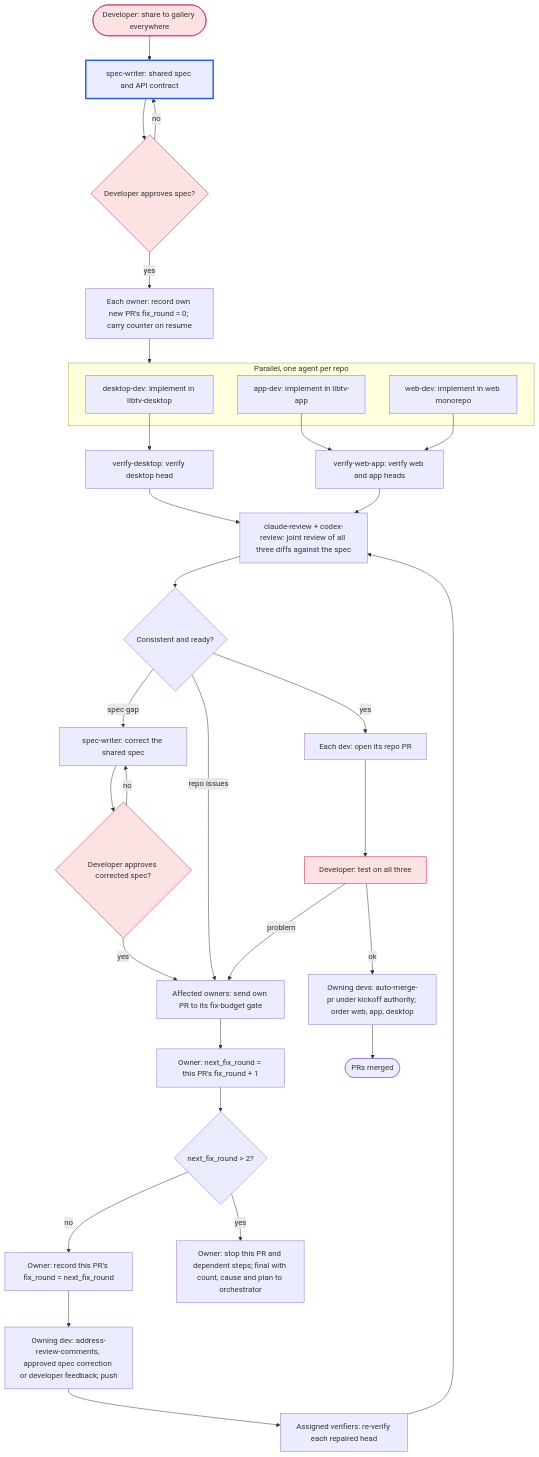
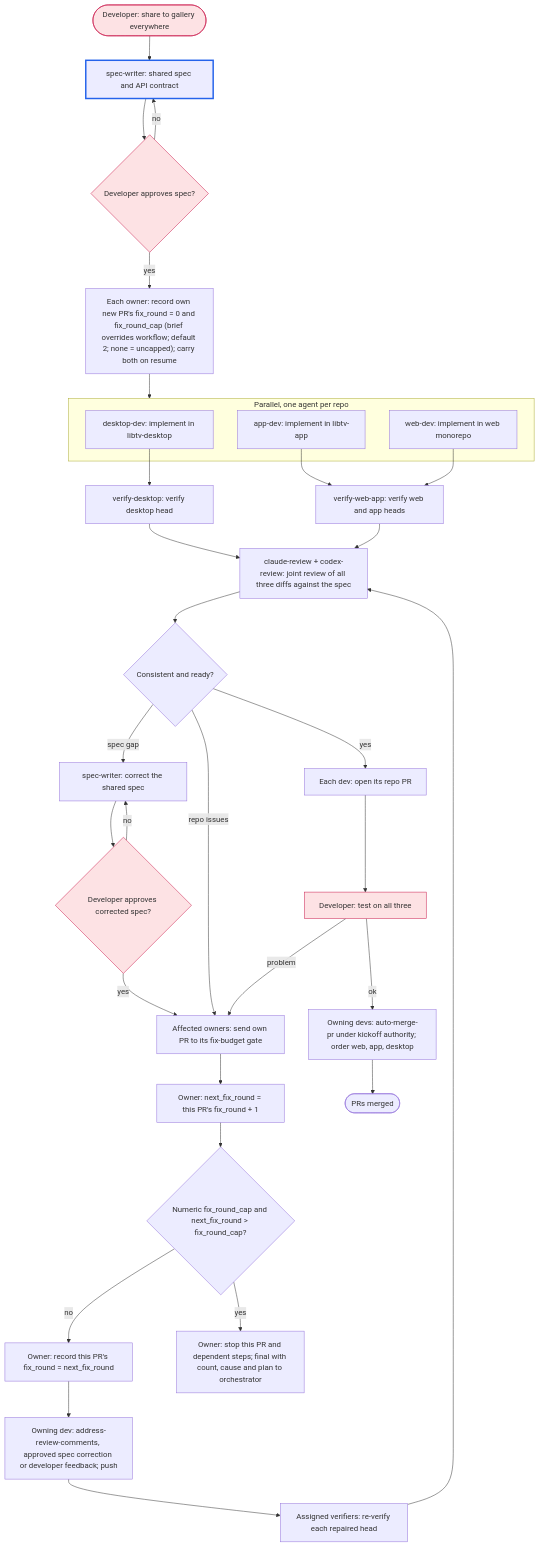
One commit to asura1234/bus changed the diagram in workflows/cross-repo-feature.md. Above: the diagram before and after it, drawn with Mermaid. The commit also changed other lines of this file and 10 other files, not shown here.

````diff
--- a/workflows/cross-repo-feature.md
+++ b/workflows/cross-repo-feature.md
@@ -22,42 +22,42 @@
 ```mermaid
 flowchart TD
     start([Developer: share to gallery everywhere]):::developer --> spec
     spec[spec-writer: shared spec and API contract] --> agree{Developer approves spec?}:::developer
     agree -- no --> spec
-    agree -- yes --> initround["Each owner: record own new PR's fix_round = 0; carry counter on resume"]
+    agree -- yes --> initround["Each owner: record own new PR's fix_round = 0 and fix_round_cap (brief overrides workflow; default 2; none = uncapped); carry both on resume"]
     initround --> build
 
     subgraph build [Parallel, one agent per repo]
         desktop[desktop-dev: implement in libtv-desktop]
         app[app-dev: implement in libtv-app]
         web[web-dev: implement in web monorepo]
     end
 
     desktop --> verifydesktop[verify-desktop: verify desktop head]
     app --> verifywebapp[verify-web-app: verify web and app heads]
     web --> verifywebapp
     verifydesktop --> joint[claude-review + codex-review: joint review of all three diffs against the spec]
     verifywebapp --> joint
     joint --> consistent{Consistent and ready?}
     consistent -- spec gap --> revisespec[spec-writer: correct the shared spec]
     revisespec --> reapprove{Developer approves corrected spec?}:::developer
     reapprove -- no --> revisespec
     reapprove -- yes --> queuefix
     consistent -- repo issues --> queuefix[Affected owners: send own PR to its fix-budget gate]
     queuefix --> nextfix["Owner: next_fix_round = this PR's fix_round + 1"]
-    nextfix --> overbudget{"next_fix_round > 2?"}
+    nextfix --> overbudget{"Numeric fix_round_cap and next_fix_round > fix_round_cap?"}
     overbudget -- no --> countfix["Owner: record this PR's fix_round = next_fix_round"]
     countfix --> fixes[Owning dev: address-review-comments, approved spec correction or developer feedback; push]
     fixes --> reverify[Assigned verifiers: re-verify each repaired head]
     reverify --> joint
     overbudget -- yes --> hold[Owner: stop this PR and dependent steps; final with count, cause and plan to orchestrator]
     consistent -- yes --> prs[Each dev: open its repo PR]
     prs --> test[Developer: test on all three]:::developer
     test -- problem --> queuefix
     test -- ok --> merge[Owning devs: auto-merge-pr under kickoff authority; order web, app, desktop]
     merge --> merged([PRs merged])
 
     classDef developer fill:#fde2e4,stroke:#c9184a
     classDef current stroke-width:3px,stroke:#2563eb
     class spec current
 ```
````
